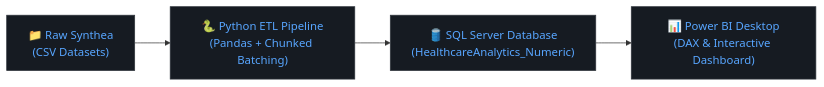
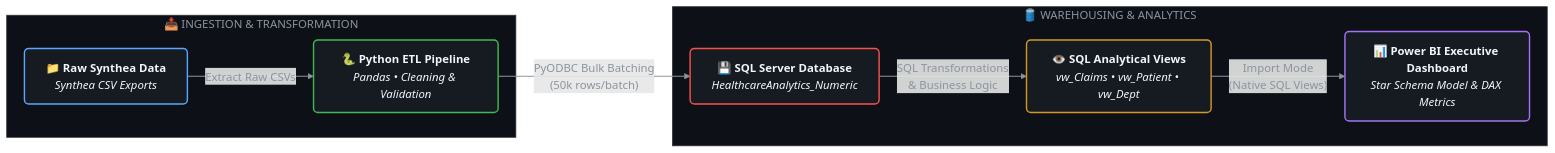
One commit to Yuangp01/Healthcare-Analytics-Dashboard changed the diagram in README.md. Above: the diagram before and after it, drawn with Mermaid.

Commit message:
Enhance executive dashboard preview in README
Updated the executive dashboard preview with improved flowchart and subgraphs for data ingestion and platform.

````diff
--- a/README.md
+++ b/README.md
@@ -15,11 +14,32 @@
 ```mermaid
-flowchart LR
-    A["📁 Raw Synthea<br/>(CSV Datasets)"] --> B["🐍 Python ETL Pipeline<br/>(Pandas + Chunked Batching)"]
-    B --> C["🛢️ SQL Server Database<br/>(HealthcareAnalytics_Numeric)"]
-    C --> D["📊 Power BI Desktop<br/>(DAX & Interactive Dashboard)"]
-    
-    style A fill:#161b22,stroke:#30363d,color:#58a6ff
-    style B fill:#161b22,stroke:#30363d,color:#58a6ff
-    style C fill:#161b22,stroke:#30363d,color:#58a6ff
-    style D fill:#161b22,stroke:#30363d,color:#58a6ff
+graph LR
+    %% Subgraphs for System Architecture
+    subgraph Data_Ingestion [" 📥 INGESTION & TRANSFORMATION "]
+        A["<b>📁 Raw Synthea Data</b><br/><i>Synthea CSV Exports</i>"] 
+        B["<b>🐍 Python ETL Pipeline</b><br/><i>Pandas • Cleaning & Validation</i>"]
+    end
+
+    subgraph Data_Platform [" 🛢️ WAREHOUSING & ANALYTICS "]
+        C["<b>💾 SQL Server Database</b><br/><i>HealthcareAnalytics_Numeric</i>"]
+        D["<b>👁️ SQL Analytical Views</b><br/><i>vw_Claims • vw_Patient • vw_Dept</i>"]
+        E["<b>📊 Power BI Executive Dashboard</b><br/><i>Star Schema Model & DAX Metrics</i>"]
+    end
+
+    %% Flow Connections with Annotations
+    A -->|" Extract Raw CSVs "| B
+    B -->|" PyODBC Bulk Batching<br/>(50k rows/batch) "| C
+    C -->|" SQL Transformations<br/>& Business Logic "| D
+    D -->|" Import Mode<br/>(Native SQL Views) "| E
+
+    %% Custom Styling
+    style Data_Ingestion fill:#0d1117,stroke:#30363d,stroke-width:1px,color:#8b949e
+    style Data_Platform fill:#0d1117,stroke:#30363d,stroke-width:1px,color:#8b949e
+
+    style A fill:#161b22,stroke:#58a6ff,stroke-width:2px,color:#f0f6fc,rx:6px,ry:6px
+    style B fill:#161b22,stroke:#3fb950,stroke-width:2px,color:#f0f6fc,rx:6px,ry:6px
+    style C fill:#161b22,stroke:#f85149,stroke-width:2px,color:#f0f6fc,rx:6px,ry:6px
+    style D fill:#161b22,stroke:#d29922,stroke-width:2px,color:#f0f6fc,rx:6px,ry:6px
+    style E fill:#161b22,stroke:#a371f7,stroke-width:2px,color:#f0f6fc,rx:6px,ry:6px
+
+    linkStyle default stroke:#8b949e,stroke-width:1.5px,color:#8b949e
 ```
````
